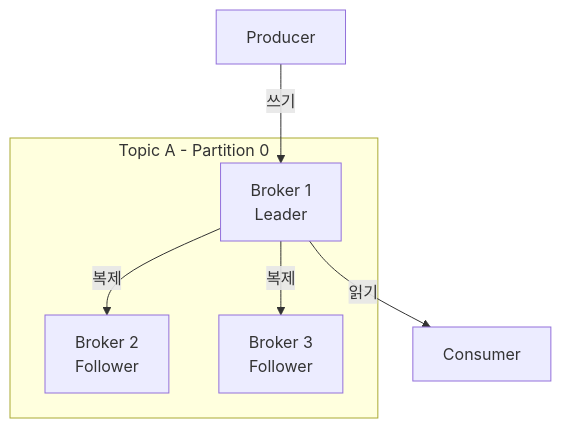
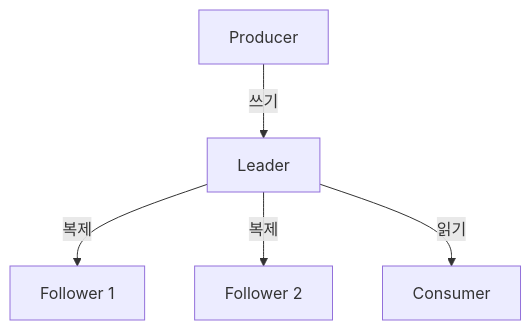
Before and after one commit to advanced-beginner/advanced-beginner.github.io: the second of 2 diagrams in content/ko/kafka/concepts/replication.md, drawn with Mermaid. The commit also changed other lines of this file and 21 other files, not shown here.

````diff
--- a/content/ko/kafka/concepts/replication.md
+++ b/content/ko/kafka/concepts/replication.md
@@ -59,13 +43,7 @@
 ```mermaid
 flowchart TB
-    subgraph Partition["Topic A - Partition 0"]
-        L[Broker 1\nLeader]
-        F1[Broker 2\nFollower]
-        F2[Broker 3\nFollower]
-    end
-
-    P[Producer] -->|쓰기| L
-    L -->|복제| F1
-    L -->|복제| F2
+    P[Producer] -->|쓰기| L[Leader]
+    L -->|복제| F1[Follower 1]
+    L -->|복제| F2[Follower 2]
     L -->|읽기| C[Consumer]
 ```
````
